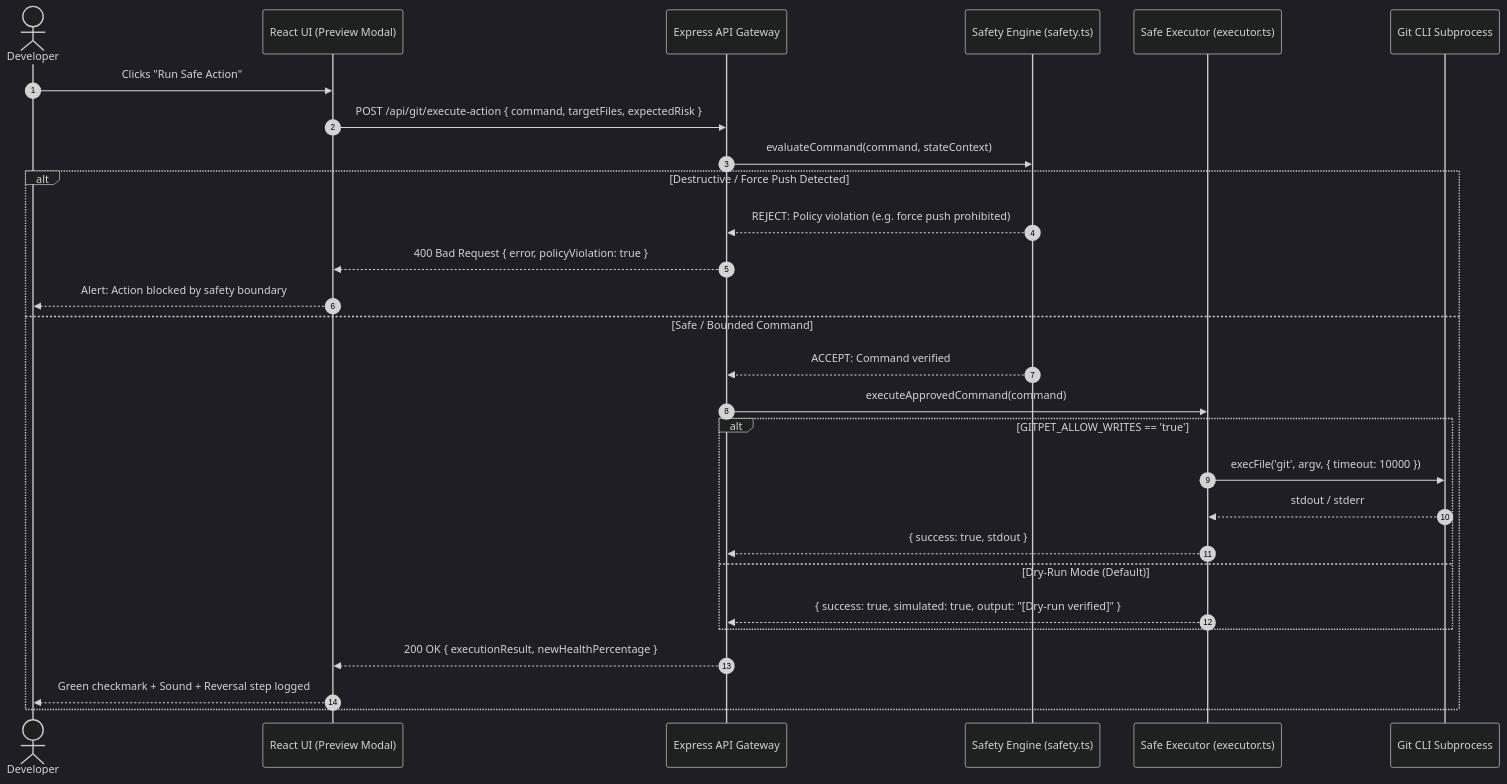
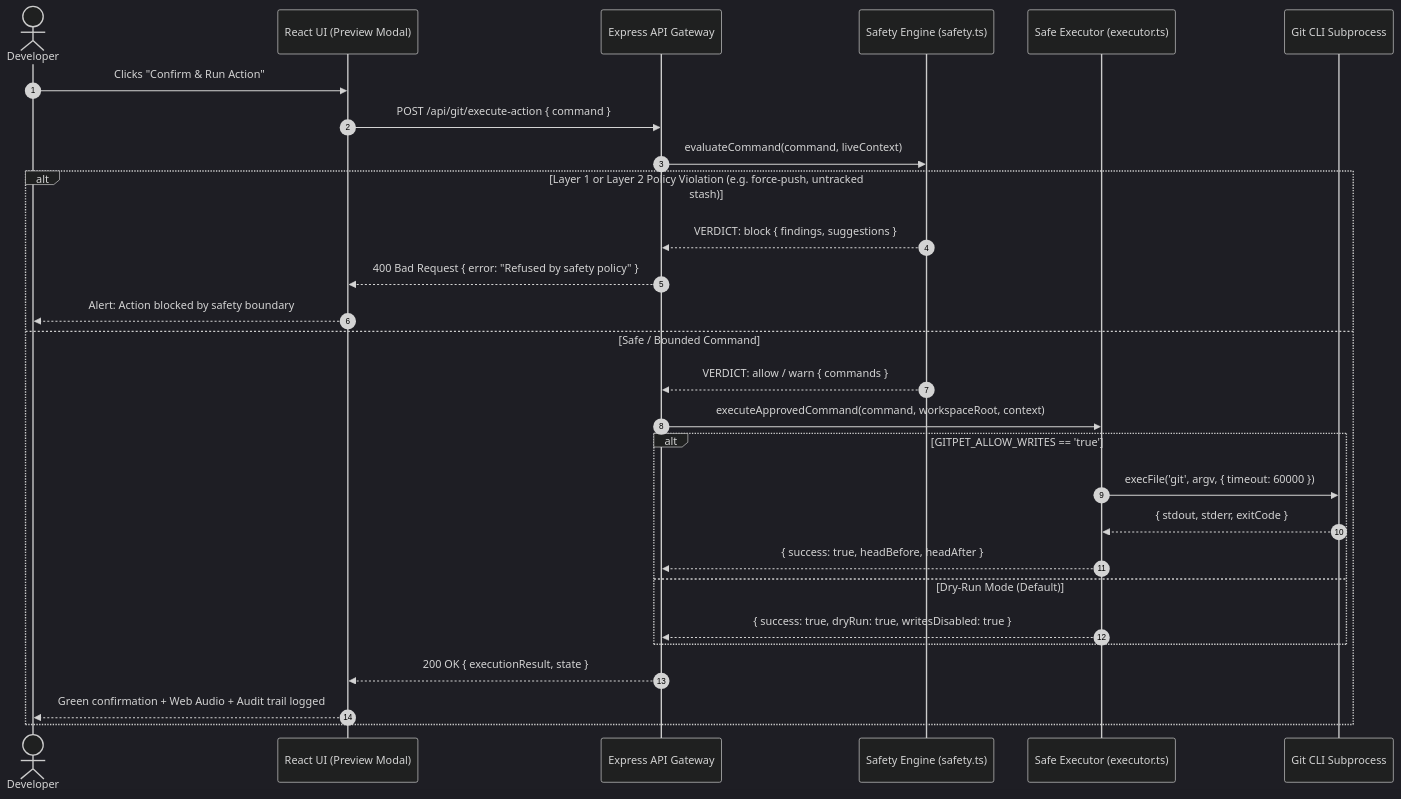
Before and after one commit to lucaswhitaker22/DevOps-for-GenAI---Ottawa-2026---Team-05-Ribbon-Patrol: the diagram in docs/Features/08_SAFETY_AND_GOVERNANCE.md, drawn with Mermaid (dark theme). The commit also changed other lines of this file and 17 other files, not shown here.

````diff
--- a/docs/Features/08_SAFETY_AND_GOVERNANCE.md
+++ b/docs/Features/08_SAFETY_AND_GOVERNANCE.md
@@ -9,31 +9,31 @@
 ```mermaid
 sequenceDiagram
     autonumber
     actor Dev as Developer
     participant UI as React UI (Preview Modal)
     participant BE as Express API Gateway
     participant Guard as Safety Engine (safety.ts)
     participant Runner as Safe Executor (executor.ts)
     participant Git as Git CLI Subprocess
 
-    Dev->>UI: Clicks "Run Safe Action"
-    UI->>BE: POST /api/git/execute-action { command, targetFiles, expectedRisk }
-    BE->>Guard: evaluateCommand(command, stateContext)
-    alt Destructive / Force Push Detected
-        Guard-->>BE: REJECT: Policy violation (e.g. force push prohibited)
-        BE-->>UI: 400 Bad Request { error, policyViolation: true }
+    Dev->>UI: Clicks "Confirm & Run Action"
+    UI->>BE: POST /api/git/execute-action { command }
+    BE->>Guard: evaluateCommand(command, liveContext)
+    alt Layer 1 or Layer 2 Policy Violation (e.g. force-push, untracked stash)
+        Guard-->>BE: VERDICT: block { findings, suggestions }
+        BE-->>UI: 400 Bad Request { error: "Refused by safety policy" }
         UI-->>Dev: Alert: Action blocked by safety boundary
     else Safe / Bounded Command
-        Guard-->>BE: ACCEPT: Command verified
-        BE->>Runner: executeApprovedCommand(command)
+        Guard-->>BE: VERDICT: allow / warn { commands }
+        BE->>Runner: executeApprovedCommand(command, workspaceRoot, context)
         alt GITPET_ALLOW_WRITES == 'true'
-            Runner->>Git: execFile('git', argv, { timeout: 10000 })
-            Git-->>Runner: stdout / stderr
-            Runner-->>BE: { success: true, stdout }
+            Runner->>Git: execFile('git', argv, { timeout: 60000 })
+            Git-->>Runner: { stdout, stderr, exitCode }
+            Runner-->>BE: { success: true, headBefore, headAfter }
         else Dry-Run Mode (Default)
-            Runner-->>BE: { success: true, simulated: true, output: "[Dry-run verified]" }
+            Runner-->>BE: { success: true, dryRun: true, writesDisabled: true }
         end
-        BE-->>UI: 200 OK { executionResult, newHealthPercentage }
-        UI-->>Dev: Green checkmark + Sound + Reversal step logged
+        BE-->>UI: 200 OK { executionResult, state }
+        UI-->>Dev: Green confirmation + Web Audio + Audit trail logged
     end
 ```
````
